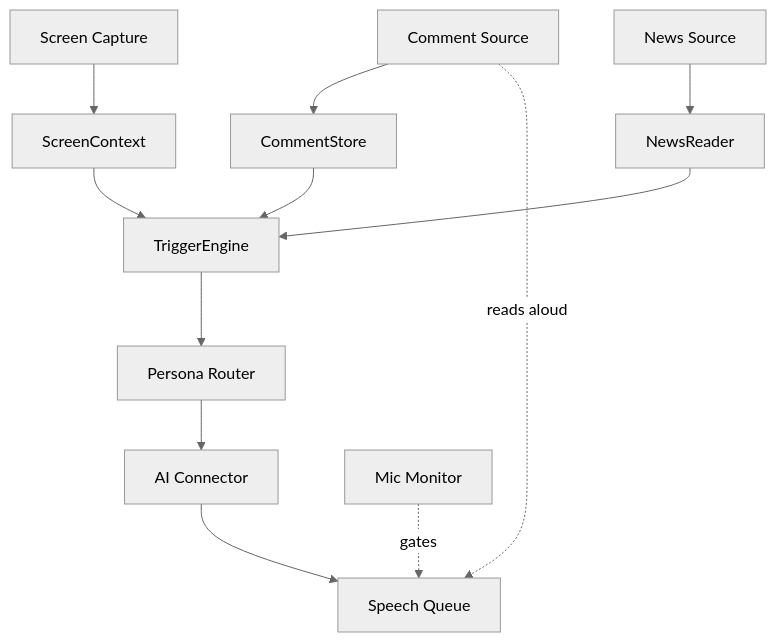
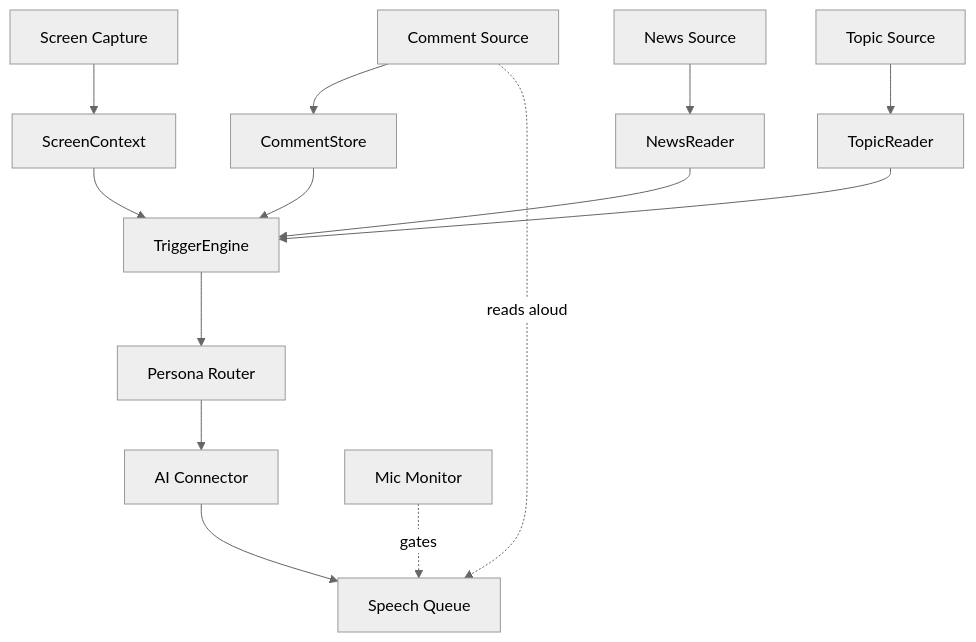
The diagram in README.md (azumag/dociai), drawn with Mermaid (neutral theme) before and after one commit. The commit also changed other lines of this file and 10 other files, not shown here.

````diff
--- a/README.md
+++ b/README.md
@@ -49,14 +50,16 @@
 ```mermaid
 flowchart TD
   A["Comment Source"] --> B["CommentStore"]
   C["Screen Capture"] --> D["ScreenContext"]
   E["News Source"] --> F["NewsReader"]
+  L["Topic Source"] --> M["TopicReader"]
   B --> G["TriggerEngine"]
   D --> G
   F --> G
+  M --> G
   G --> H["Persona Router"]
   H --> I["AI Connector"]
   I --> J["Speech Queue"]
   K["Mic Monitor"] -. gates .-> J
   A -. reads aloud .-> J
 ```
````
